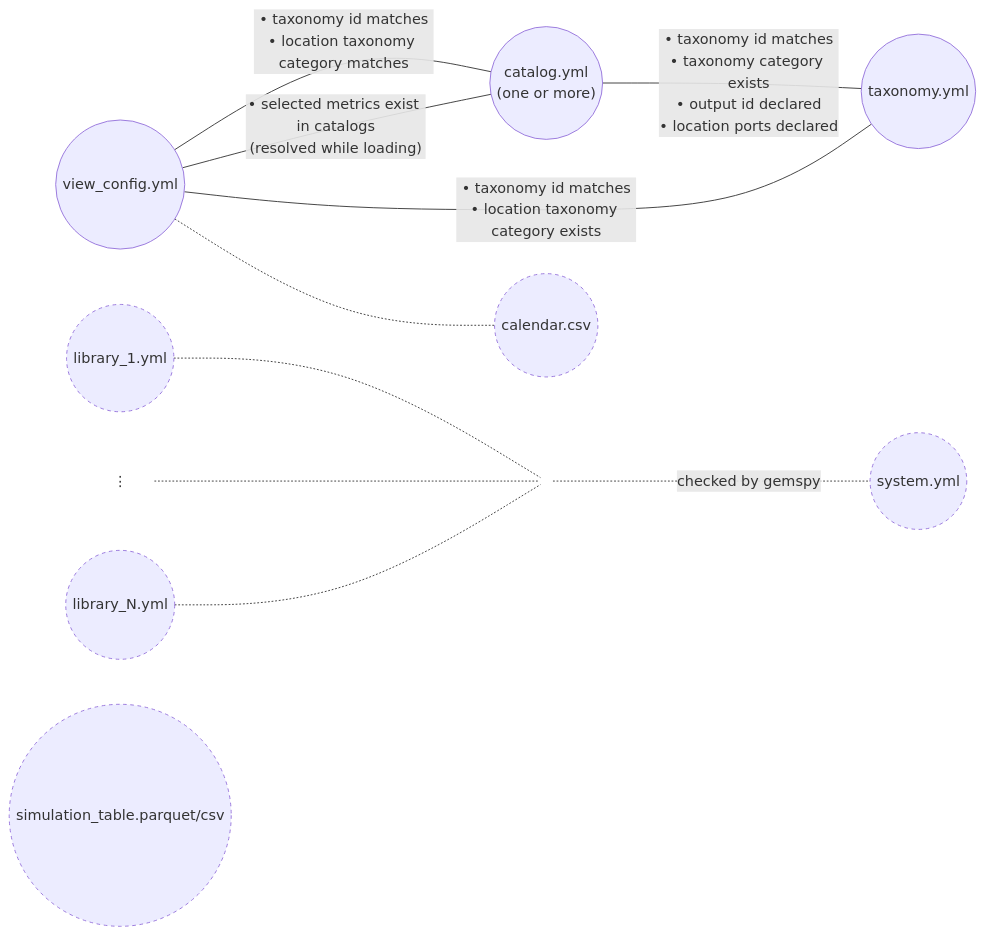
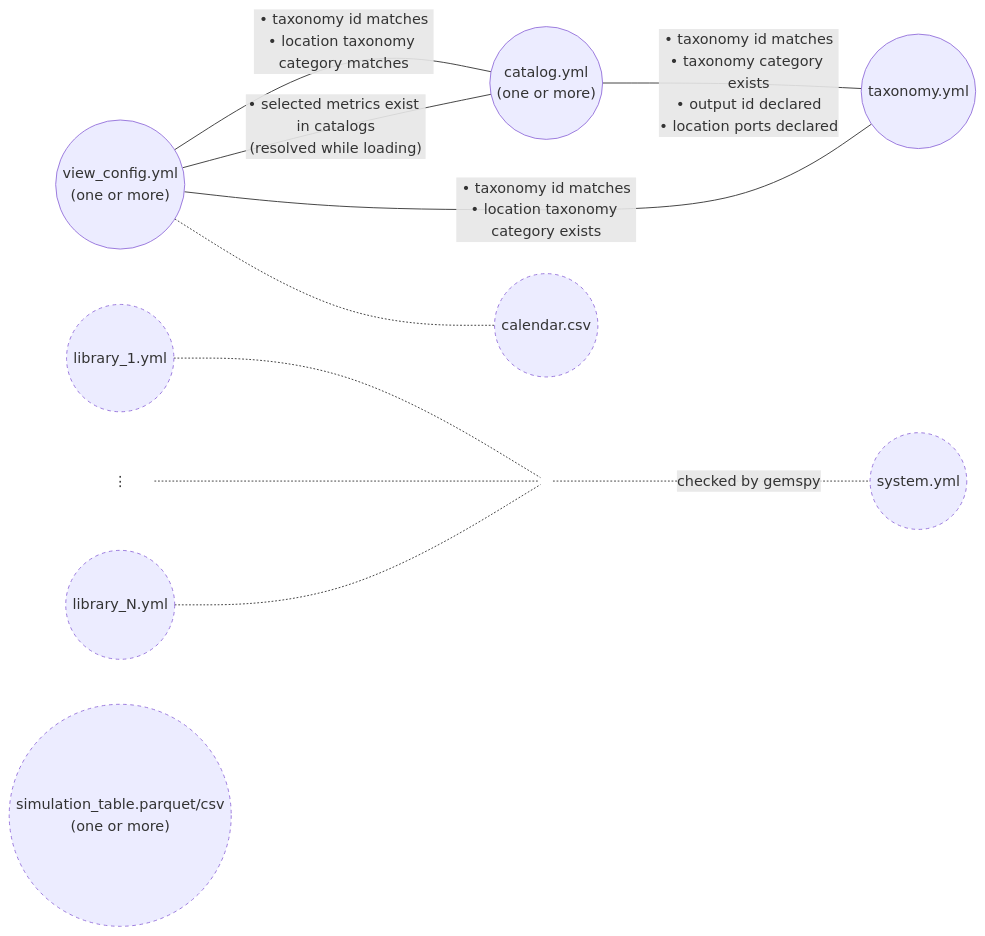
Before and after one commit to AntaresSimulatorTeam/GEMS-ViewsBuilder: the diagram in docs/input_validation_diagram.md, drawn with Mermaid.

Commit message:
docs(input_validation_diagram): update diagram to clarify file relationships
- Enhanced the input validation diagram by adding annotations to indicate that multiple view config and simulation table files can be used.
- Improved clarity in the diagram's representation of file relationships and validation checks.

````diff
--- a/docs/input_validation_diagram.md
+++ b/docs/input_validation_diagram.md
@@ -6,29 +6,29 @@
 ```mermaid
 graph LR
     catalog(("catalog.yml<br/>(one or more)"))
     taxonomy(("taxonomy.yml"))
-    view_config(("view_config.yml"))
+    view_config(("view_config.yml<br/>(one or more)"))
     library_1(("library_1.yml"))
     library_dots["⋮"]
     library_n(("library_N.yml"))
     library_join((" "))
     system(("system.yml"))
-    simulation_table(("simulation_table.parquet/csv"))
+    simulation_table(("simulation_table.parquet/csv<br/>(one or more)"))
     calendar(("calendar.csv"))
 
     catalog -- "• taxonomy id matches<br/>• taxonomy category exists<br/>• output id declared<br/>• location ports declared" --- taxonomy
     view_config -- "• taxonomy id matches<br/>• location taxonomy category exists" --- taxonomy
     view_config -- "• taxonomy id matches<br/>• location taxonomy category matches" --- catalog
     view_config -- "• selected metrics exist in catalogs<br/>(resolved while loading)" --- catalog
 
     library_1 -.- library_join
     library_dots -.- library_join
     library_n -.- library_join
     library_join -. "checked by gemspy" .- system
     view_config -.- calendar
 
     classDef unvalidated stroke-dasharray: 4 4;
     classDef plain stroke: none, fill: none;
     class library_1,library_n,system,simulation_table,calendar unvalidated;
     class library_dots,library_join plain;
 ```
````
